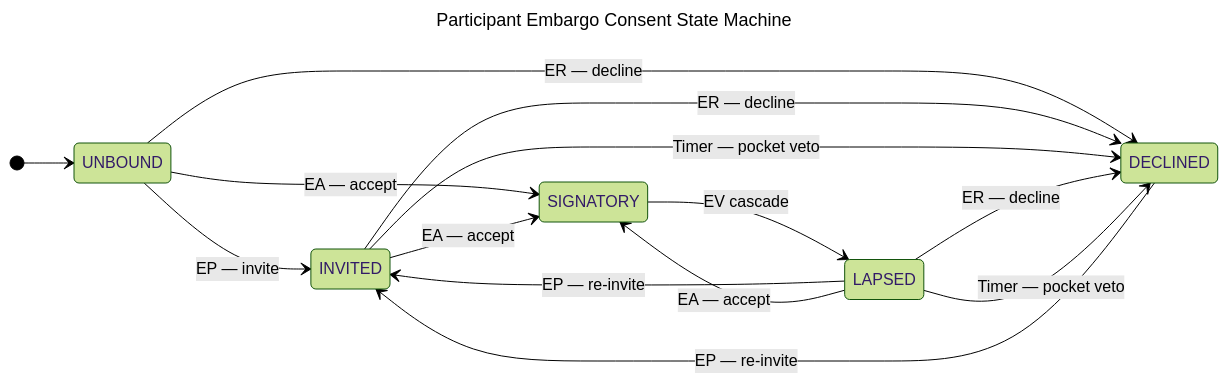
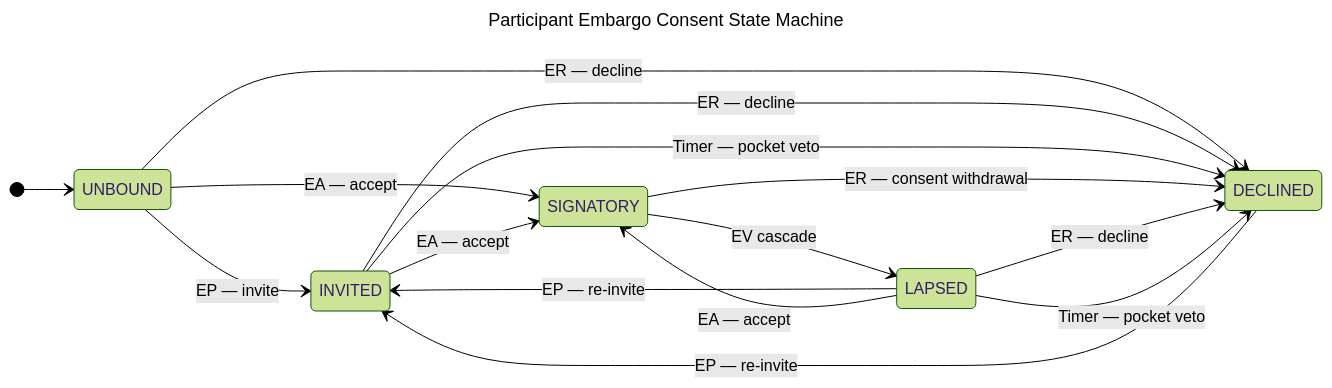
The diagram in docs/topics/process_models/em/pec_state_machine_diagram.md (CERTCC/Vultron), drawn with Mermaid (forest theme) before and after one commit. The commit also changed 1 other file, not shown here.

Commit message:
docs: sync PEC state machine docs for issue #3333
Add SIGNATORY → DECLINED row to the full transition table and update
the ER normative note to include SIGNATORY as a valid source state;
add the matching arc to the Mermaid diagram.  Fix pre-existing British
spelling (behaviour → behavior).

````diff
--- a/docs/topics/process_models/em/pec_state_machine_diagram.md
+++ b/docs/topics/process_models/em/pec_state_machine_diagram.md
@@ -1,20 +1,21 @@
 ```mermaid
 ---
 title: Participant Embargo Consent State Machine
 ---
 stateDiagram-v2
     direction LR
     [*] --> UNBOUND
     UNBOUND --> INVITED: EP — invite
     UNBOUND --> SIGNATORY: EA — accept
     UNBOUND --> DECLINED: ER — decline
     INVITED --> SIGNATORY: EA — accept
     INVITED --> DECLINED: ER — decline
     INVITED --> DECLINED: Timer — pocket veto
     SIGNATORY --> LAPSED: EV cascade
+    SIGNATORY --> DECLINED: ER — consent withdrawal
     LAPSED --> INVITED: EP — re-invite
     LAPSED --> SIGNATORY: EA — accept
     LAPSED --> DECLINED: ER — decline
     LAPSED --> DECLINED: Timer — pocket veto
     DECLINED --> INVITED: EP — re-invite
 ```
````
